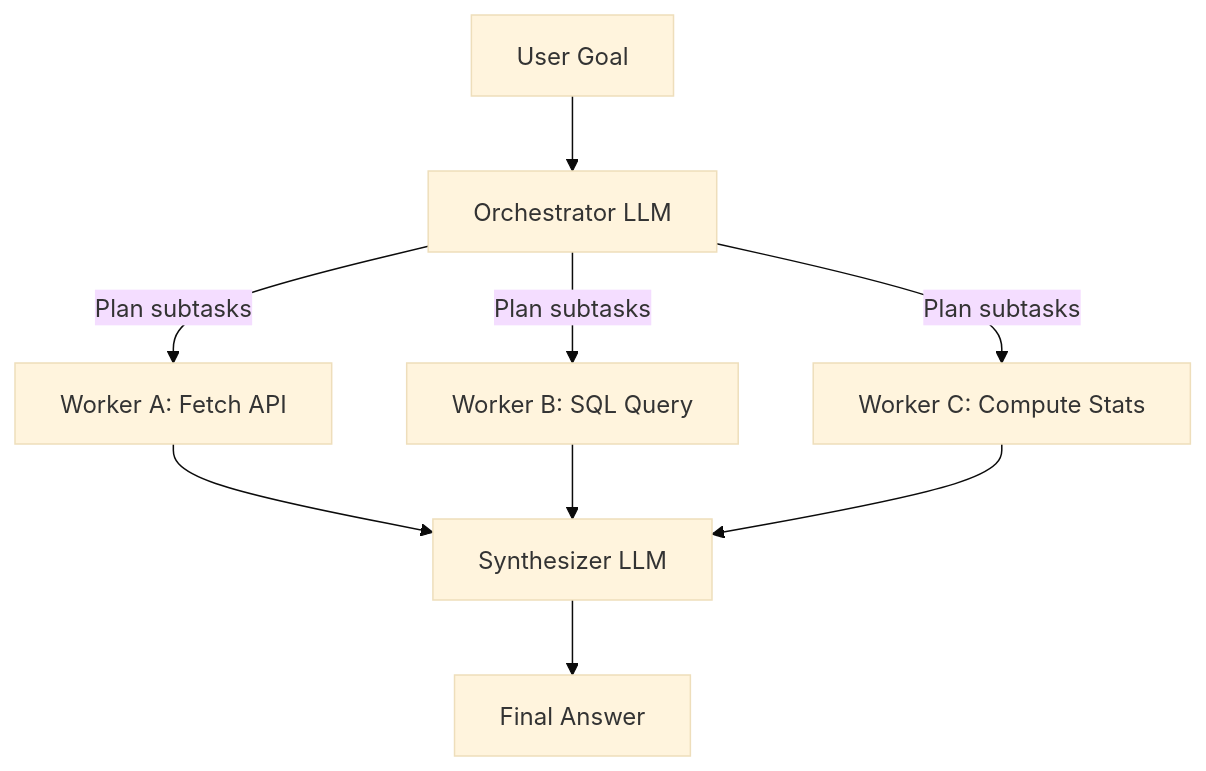
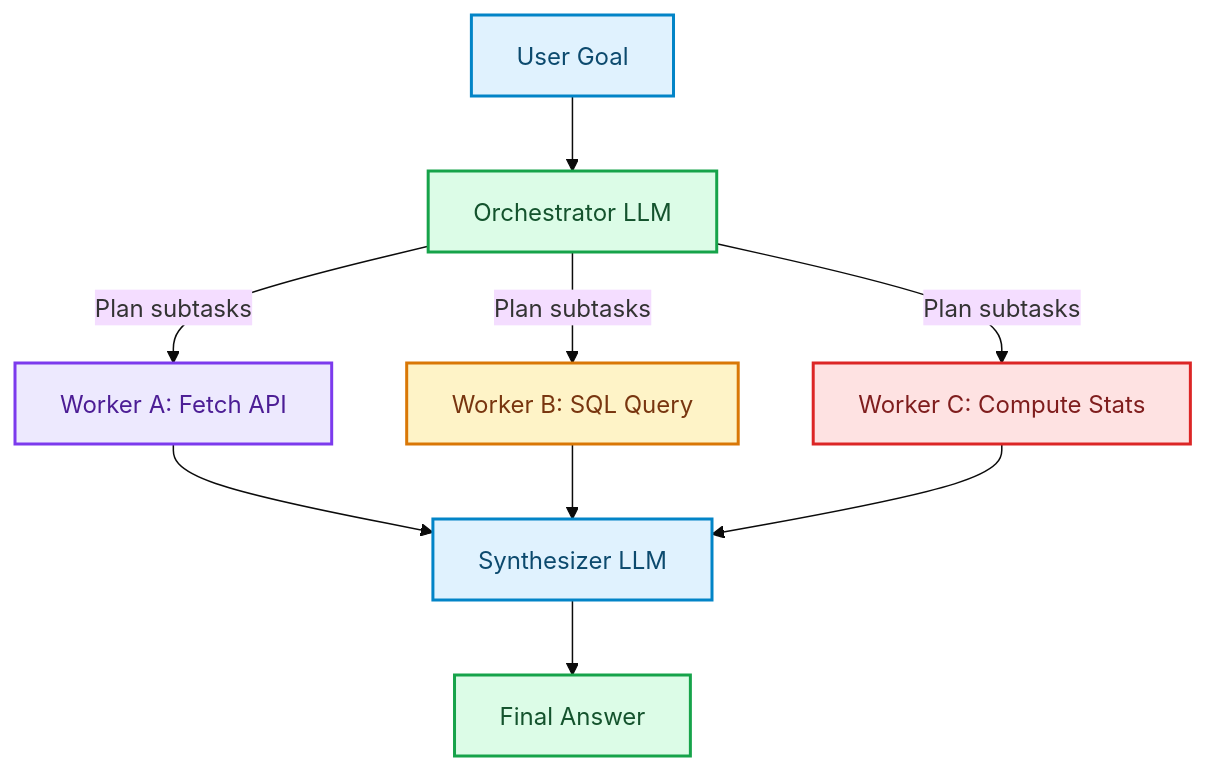
The fifth of 8 diagrams in blog/posts/agentic-ai-architectures.md (akmalkhaniub/akmalkhaniub.github.io), drawn with Mermaid (base theme) before and after one commit. The commit also changed other lines of this file and 1291 other files, not shown here.

First line of the commit message:
feat(catalog): unique covers, scholarly references, and diagram palettes

````diff
--- a/blog/posts/agentic-ai-architectures.md
+++ b/blog/posts/agentic-ai-architectures.md
@@ -104,11 +148,22 @@
 ```mermaid
 flowchart TD
-    User[User Goal] --> Orch[Orchestrator LLM]
-    Orch -->|Plan subtasks| W1[Worker A: Fetch API]
-    Orch -->|Plan subtasks| W2[Worker B: SQL Query]
-    Orch -->|Plan subtasks| W3[Worker C: Compute Stats]
-    W1 --> Synth[Synthesizer LLM]
+    User["User Goal"] --> Orch["Orchestrator LLM"]
+    Orch -->|Plan subtasks| W1["Worker A: Fetch API"]
+    Orch -->|Plan subtasks| W2["Worker B: SQL Query"]
+    Orch -->|Plan subtasks| W3["Worker C: Compute Stats"]
+    W1 --> Synth["Synthesizer LLM"]
     W2 --> Synth
     W3 --> Synth
-    Synth --> Response[Final Answer]
+    Synth --> Response["Final Answer"]
+
+classDef green fill:#dcfce7,stroke:#16a34a,stroke-width:2px,color:#14532d;
+classDef red fill:#fee2e2,stroke:#dc2626,stroke-width:2px,color:#7f1d1d;
+classDef blue fill:#e0f2fe,stroke:#0284c7,stroke-width:2px,color:#0c4a6e;
+classDef yellow fill:#fef3c7,stroke:#d97706,stroke-width:2px,color:#78350f;
+classDef purple fill:#ede9fe,stroke:#7c3aed,stroke-width:2px,color:#4c1d95;
+class User,Synth blue
+class Orch,Response green
+class W1 purple
+class W2 yellow
+class W3 red
 ```
````
